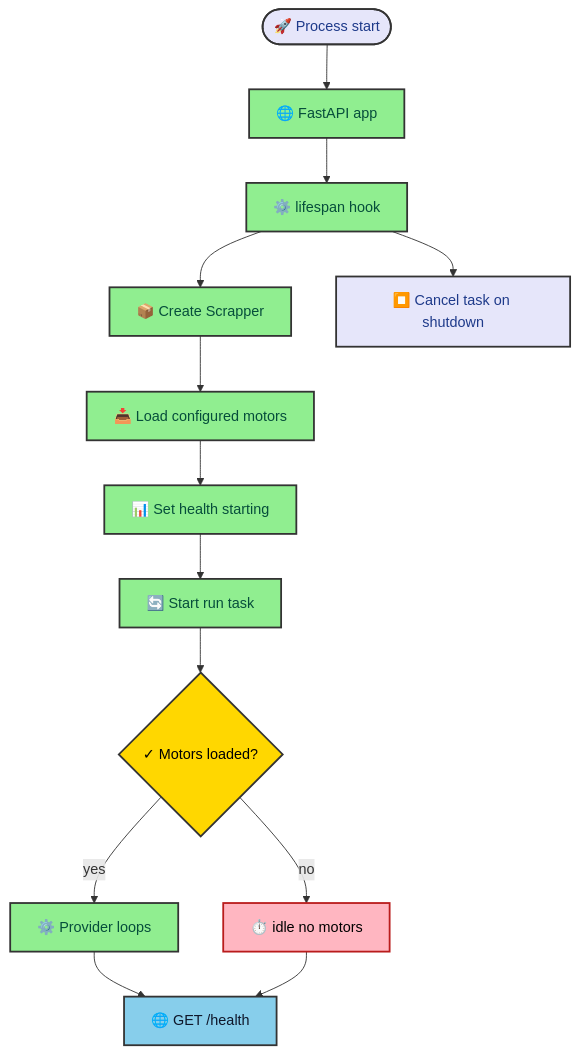
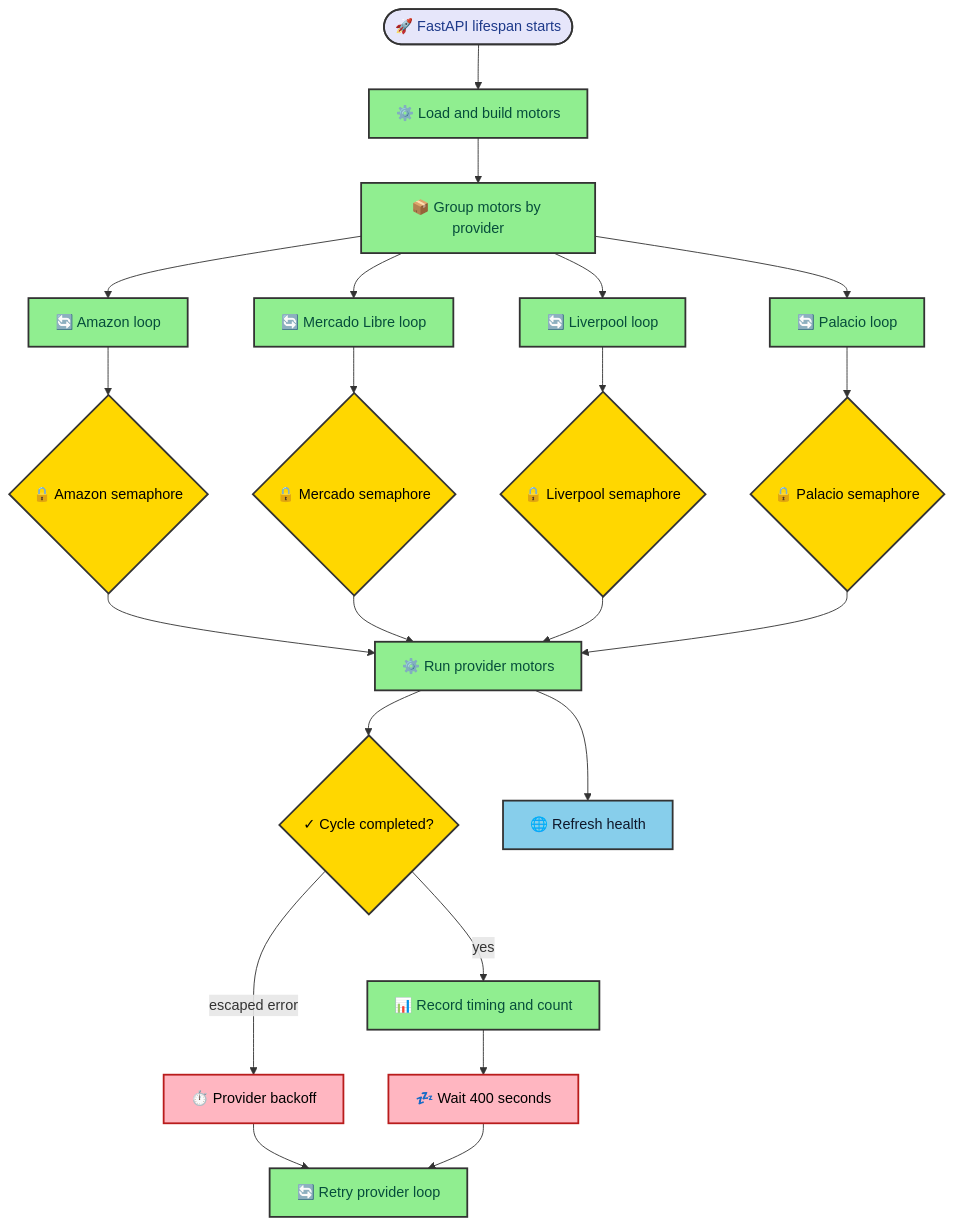
One commit to duranalberto/albertoduran changed the diagram in src/thejournal/mlscraper/runtime_flow.mdx. Above: the diagram before and after it, drawn with Mermaid. The commit also changed other lines of this file and 76 other files, not shown here.

````diff
--- a/src/thejournal/mlscraper/runtime_flow.mdx
+++ b/src/thejournal/mlscraper/runtime_flow.mdx
@@ -22,27 +34,39 @@
 ```mermaid
 flowchart TD
-    Start([🚀 Process start]) --> App[🌐 FastAPI app]
-    App --> Lifespan[⚙️ lifespan hook]
-    Lifespan --> Create[📦 Create Scrapper]
-    Create --> Load[📥 Load configured motors]
-    Load --> Health[📊 Set health starting]
-    Health --> Task[🔄 Start run task]
-    Task --> Running{✓ Motors loaded?}
-    Running -->|yes| Providers[⚙️ Provider loops]
-    Running -->|no| Idle[⏱️ idle no motors]
-    Providers --> Probe[🌐 GET /health]
-    Idle --> Probe
-    Lifespan --> Shutdown[⏹️ Cancel task on shutdown]
+    Start([🚀 FastAPI lifespan starts]) --> Load[⚙️ Load and build motors]
+    Load --> Group[📦 Group motors by provider]
+    Group --> AZ[🔄 Amazon loop]
+    Group --> ML[🔄 Mercado Libre loop]
+    Group --> LV[🔄 Liverpool loop]
+    Group --> PH[🔄 Palacio loop]
 
-    classDef startEnd fill:#E6E6FA,stroke:#333,stroke-width:2px,color:#1E3A8A
+    AZ --> AZLimit{🔒 Amazon semaphore}
+    ML --> MLLimit{🔒 Mercado semaphore}
+    LV --> LVLimit{🔒 Liverpool semaphore}
+    PH --> PHLimit{🔒 Palacio semaphore}
+
+    AZLimit --> Motors[⚙️ Run provider motors]
+    MLLimit --> Motors
+    LVLimit --> Motors
+    PHLimit --> Motors
+
+    Motors --> Result{✓ Cycle completed?}
+    Result -->|yes| Record[📊 Record timing and count]
+    Result -->|escaped error| Backoff[⏱️ Provider backoff]
+    Record --> Sleep[💤 Wait 400 seconds]
+    Backoff --> Retry[🔄 Retry provider loop]
+    Sleep --> Retry
+    Motors --> Health[🌐 Refresh health]
+
+    classDef start fill:#E6E6FA,stroke:#333,stroke-width:2px,color:#1E3A8A
     classDef process fill:#90EE90,stroke:#333,stroke-width:2px,color:#064E3B
     classDef decision fill:#FFD700,stroke:#333,stroke-width:2px,color:#000
-    classDef warning fill:#FFB6C1,stroke:#B91C1C,stroke-width:2px,color:#000
+    classDef wait fill:#FFB6C1,stroke:#B91C1C,stroke-width:2px,color:#000
     classDef output fill:#87CEEB,stroke:#333,stroke-width:2px,color:#0F172A
 
-    class Start,Shutdown startEnd
-    class App,Lifespan,Create,Load,Health,Task,Providers process
-    class Running decision
-    class Idle warning
-    class Probe output
+    class Start start
+    class Load,Group,AZ,ML,LV,PH,Motors,Record,Retry process
+    class AZLimit,MLLimit,LVLimit,PHLimit,Result decision
+    class Backoff,Sleep wait
+    class Health output
 ```
````
